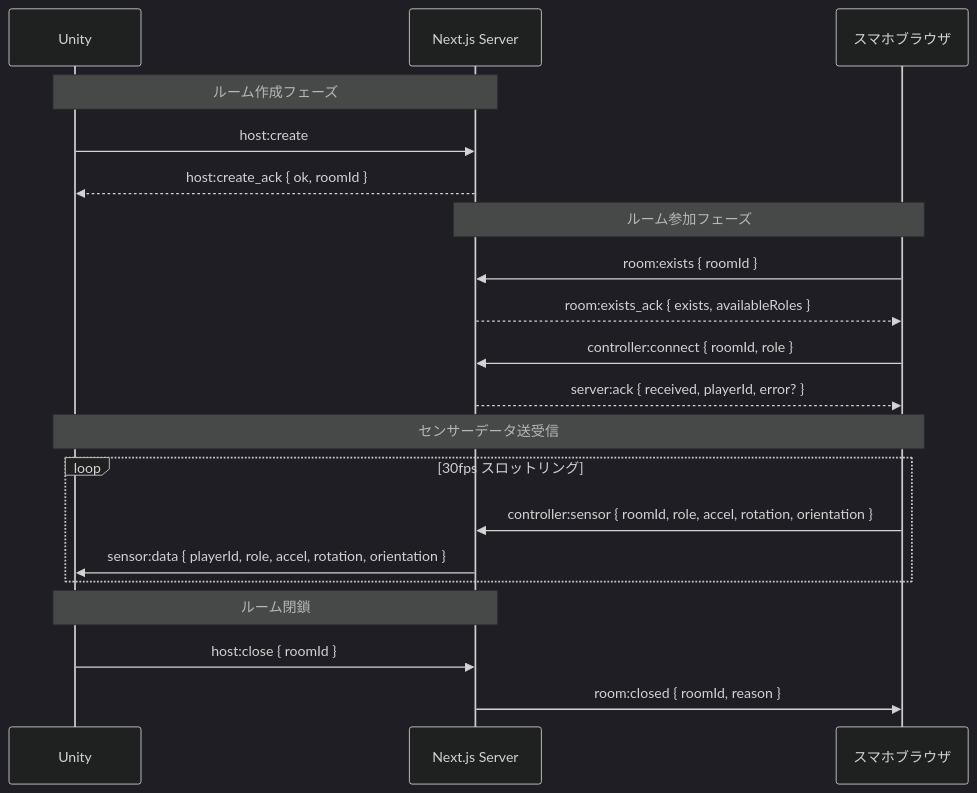
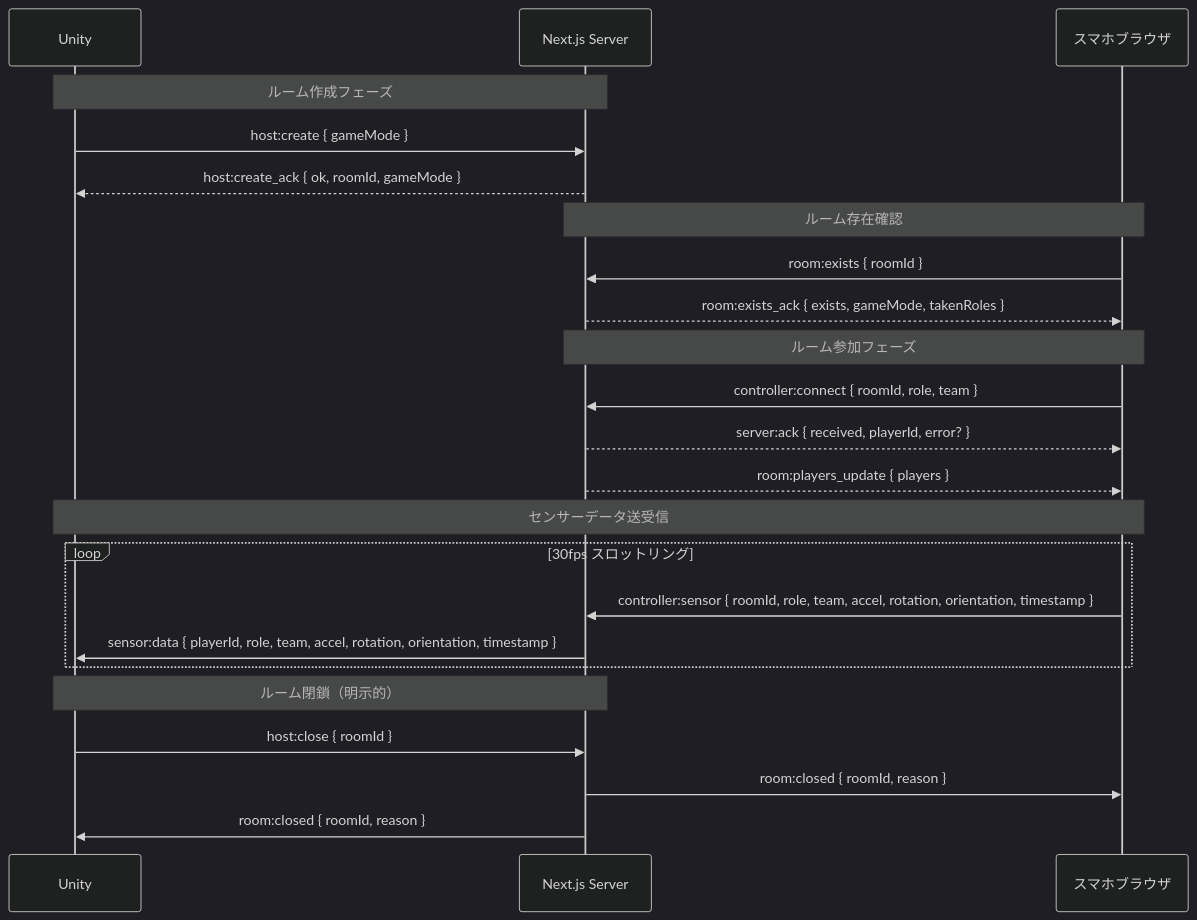
The second of 2 diagrams in docs/03_Architecture.md (guriguri00451/alounity), drawn with Mermaid (dark theme) before and after one commit. The commit also changed other lines of this file and 1 other file, not shown here.

````diff
--- a/docs/03_Architecture.md
+++ b/docs/03_Architecture.md
@@ -55,27 +64,30 @@
 ```mermaid
 sequenceDiagram
     participant U as Unity
     participant S as Next.js Server
     participant P as スマホブラウザ
 
     Note over U,S: ルーム作成フェーズ
-    U->>S: host:create
-    S-->>U: host:create_ack { ok, roomId }
+    U->>S: host:create { gameMode }
+    S-->>U: host:create_ack { ok, roomId, gameMode }
+
+    Note over P,S: ルーム存在確認
+    P->>S: room:exists { roomId }
+    S-->>P: room:exists_ack { exists, gameMode, takenRoles }
 
     Note over P,S: ルーム参加フェーズ
-    P->>S: room:exists { roomId }
-    S-->>P: room:exists_ack { exists, availableRoles }
-
-    P->>S: controller:connect { roomId, role }
+    P->>S: controller:connect { roomId, role, team }
     S-->>P: server:ack { received, playerId, error? }
+    S-->>P: room:players_update { players }
 
     Note over P,U: センサーデータ送受信
     loop 30fps スロットリング
-        P->>S: controller:sensor { roomId, role, accel, rotation, orientation }
-        S->>U: sensor:data { playerId, role, accel, rotation, orientation }
+        P->>S: controller:sensor { roomId, role, team, accel, rotation, orientation, timestamp }
+        S->>U: sensor:data { playerId, role, team, accel, rotation, orientation, timestamp }
     end
 
-    Note over U,S: ルーム閉鎖
+    Note over U,S: ルーム閉鎖（明示的）
     U->>S: host:close { roomId }
     S->>P: room:closed { roomId, reason }
+    S->>U: room:closed { roomId, reason }
 ```
````
